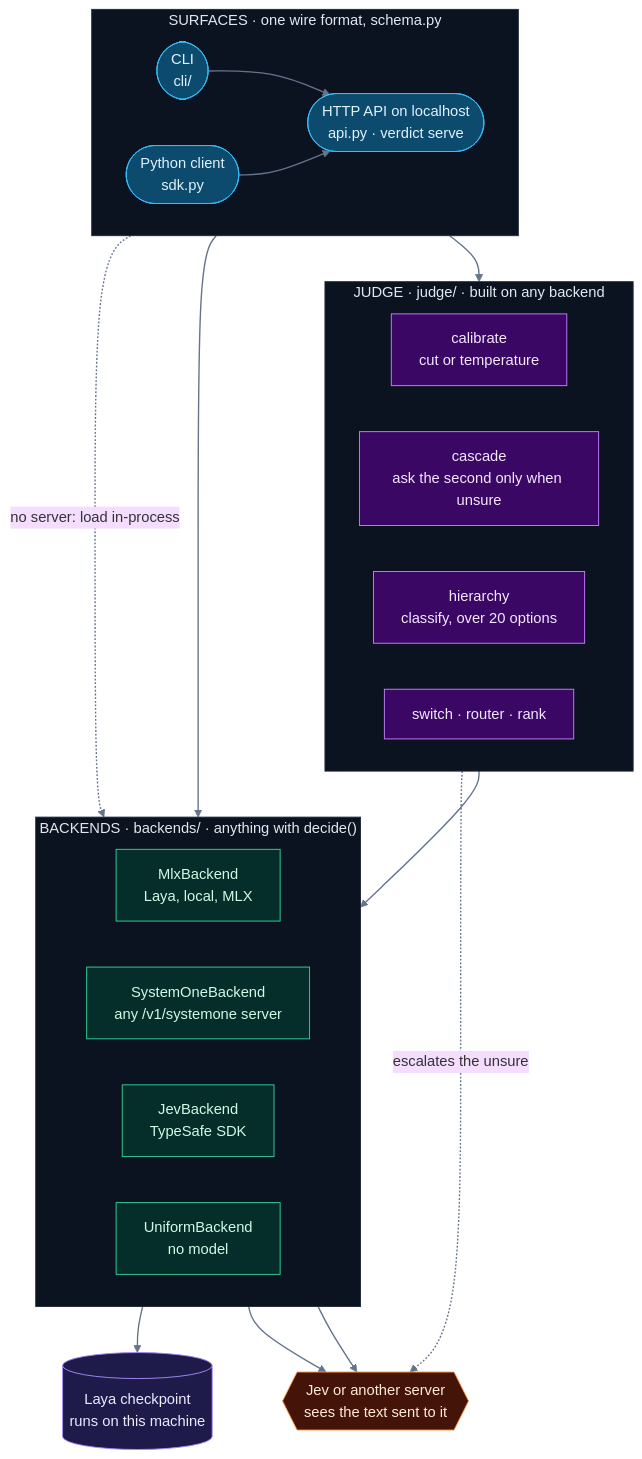
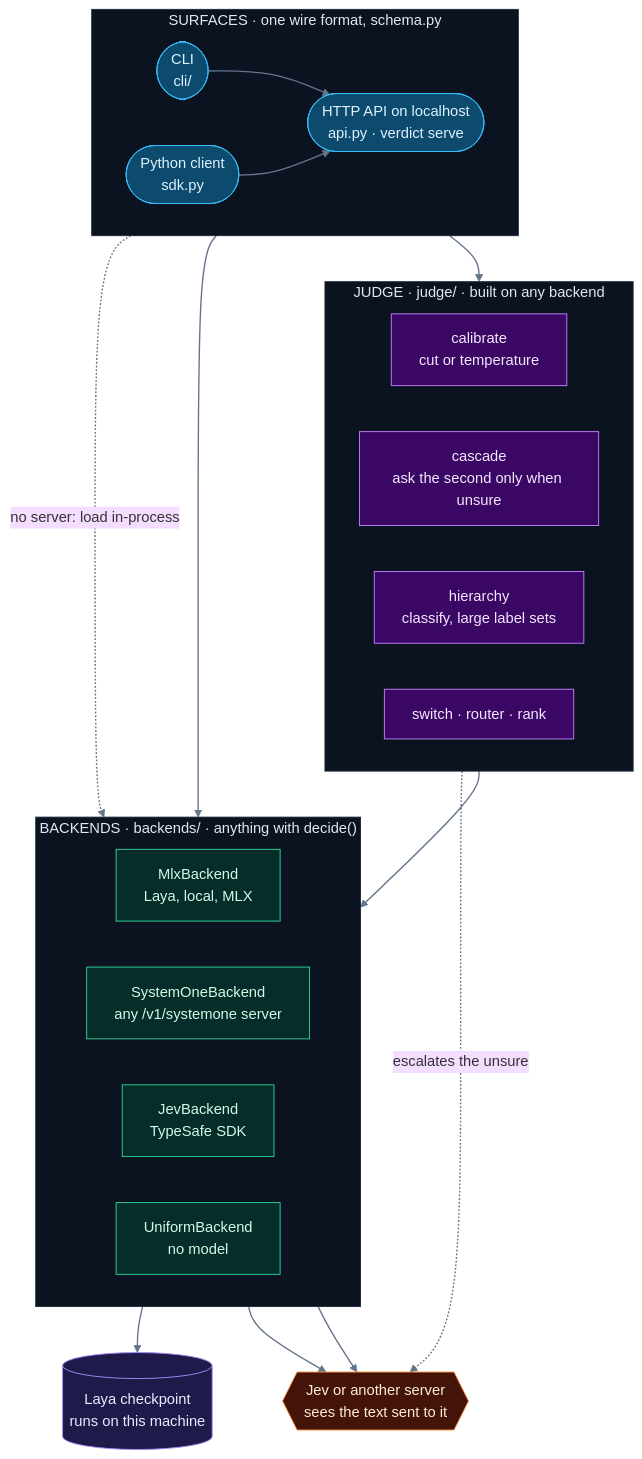
Before and after one commit to iksnerd/verdict: the diagram in README.md, drawn with Mermaid. The commit also changed other lines of this file and 8 other files, not shown here.

````diff
--- a/README.md
+++ b/README.md
@@ -144,52 +149,52 @@
 ```mermaid
 %%{init: {'theme':'base','themeVariables':{'lineColor':'#64748b','clusterBkg':'#0b1220','clusterBorder':'#1e293b','fontFamily':'sans-serif','titleColor':'#e2e8f0','clusterTextColor':'#e2e8f0'}}}%%
 flowchart TB
     subgraph SURFACES["SURFACES · one wire format, schema.py"]
         direction LR
         CLI(["CLI<br/>cli/"])
         PY(["Python client<br/>sdk.py"])
         HTTP(["HTTP API on localhost<br/>api.py · verdict serve"])
     end
 
     subgraph JUDGE["JUDGE · judge/ · built on any backend"]
         direction LR
         CAL["calibrate<br/>cut or temperature"]
         CAS["cascade<br/>ask the second only when unsure"]
-        HIE["hierarchy<br/>classify, over 20 options"]
+        HIE["hierarchy<br/>classify, large label sets"]
         SW["switch · router · rank"]
     end
 
     subgraph BACKENDS["BACKENDS · backends/ · anything with decide()"]
         direction LR
         MLX["MlxBackend<br/>Laya, local, MLX"]
         S1["SystemOneBackend<br/>any /v1/systemone server"]
         JEV["JevBackend<br/>TypeSafe SDK"]
         UNI["UniformBackend<br/>no model"]
     end
 
     LAYA[("Laya checkpoint<br/>runs on this machine")]
     REMOTE{{"Jev or another server<br/>sees the text sent to it"}}
 
     CLI ==> HTTP
     PY ==> HTTP
     CLI -.->|"no server: load in-process"| BACKENDS
     HTTP ==> BACKENDS
     CLI --> JUDGE
     JUDGE --> BACKENDS
     CAS -. "escalates the unsure" .-> REMOTE
     MLX ==> LAYA
     S1 --> REMOTE
     JEV --> REMOTE
 
     classDef surface fill:#0c4a6e,stroke:#38bdf8,color:#e0f2fe;
     classDef judge fill:#3b0764,stroke:#c084fc,color:#f3e8ff;
     classDef backend fill:#052e2b,stroke:#34d399,color:#d1fae5;
     classDef model fill:#1e1b4b,stroke:#a78bfa,color:#ede9fe;
     classDef out fill:#431407,stroke:#fb923c,color:#ffedd5;
     class CLI,PY,HTTP surface;
     class CAL,CAS,HIE,SW judge;
     class MLX,S1,JEV,UNI backend;
     class LAYA model;
     class REMOTE out;
     linkStyle default stroke:#64748b,stroke-width:1.5px;
 ```
````
